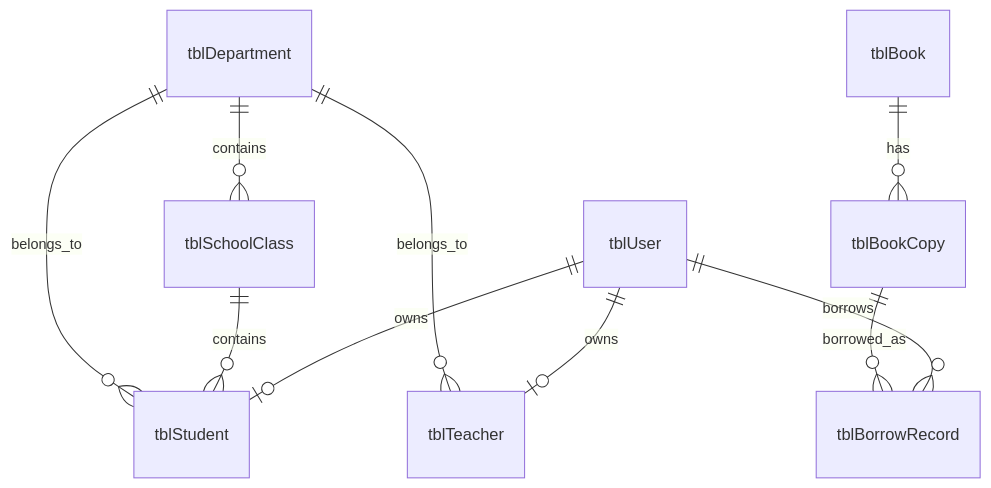
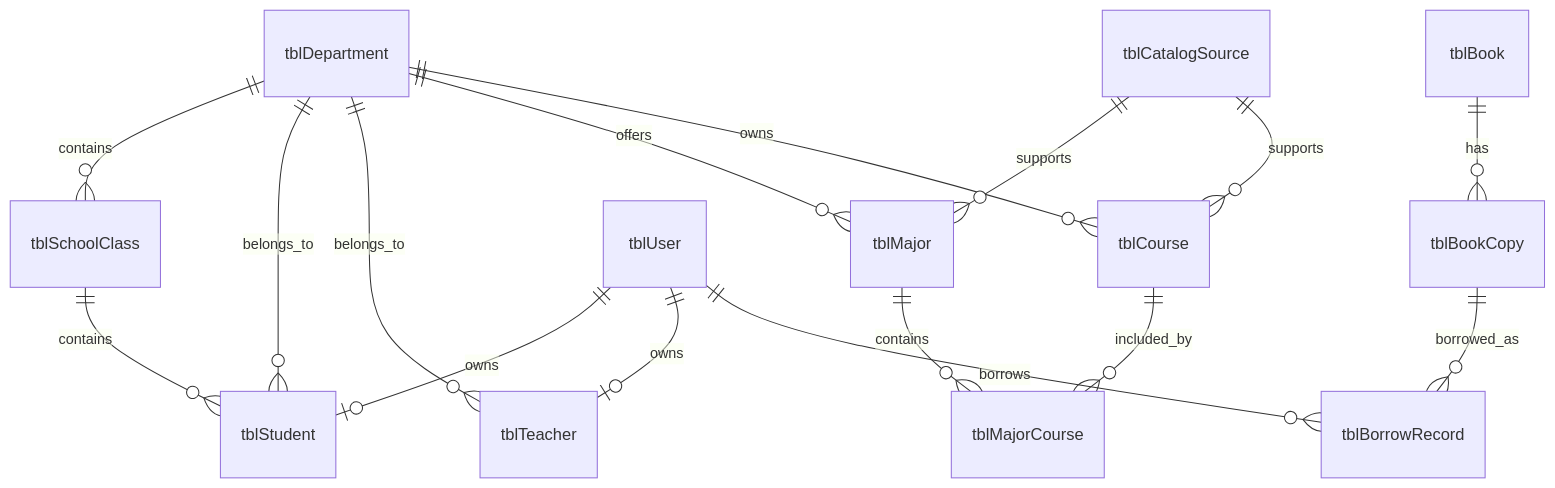
One commit to WXH-seu/SEU-CS-SummerSchool-2026 changed the diagram in docs/数据库设计说明.md. Above: the diagram before and after it, drawn with Mermaid. The commit also changed other lines of this file and 18 other files, not shown here.

````diff
--- a/docs/数据库设计说明.md
+++ b/docs/数据库设计说明.md
@@ -13,12 +13,18 @@
 ```mermaid
 erDiagram
     tblDepartment ||--o{ tblSchoolClass : contains
     tblDepartment ||--o{ tblStudent : belongs_to
     tblDepartment ||--o{ tblTeacher : belongs_to
+    tblDepartment ||--o{ tblMajor : offers
+    tblDepartment ||--o{ tblCourse : owns
+    tblCatalogSource ||--o{ tblMajor : supports
+    tblCatalogSource ||--o{ tblCourse : supports
+    tblMajor ||--o{ tblMajorCourse : contains
+    tblCourse ||--o{ tblMajorCourse : included_by
     tblSchoolClass ||--o{ tblStudent : contains
     tblUser ||--o| tblStudent : owns
     tblUser ||--o| tblTeacher : owns
     tblBook ||--o{ tblBookCopy : has
     tblBookCopy ||--o{ tblBorrowRecord : borrowed_as
     tblUser ||--o{ tblBorrowRecord : borrows
 ```
````
